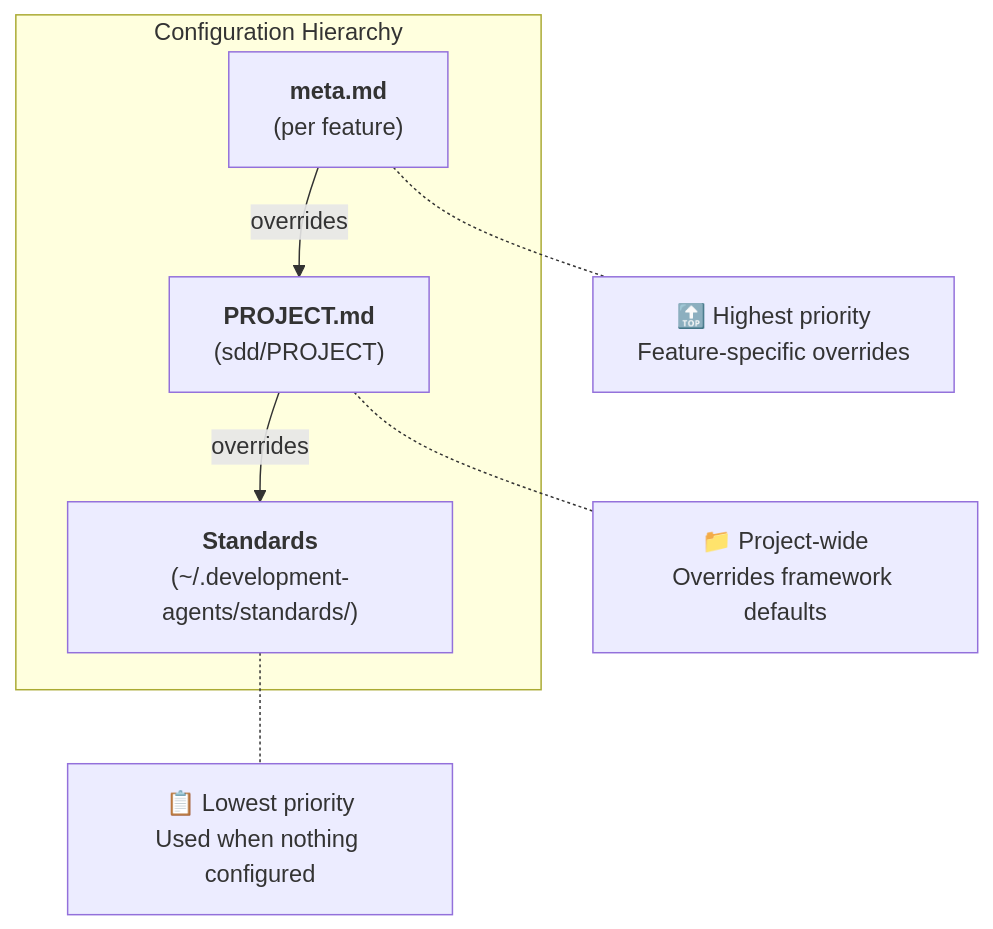
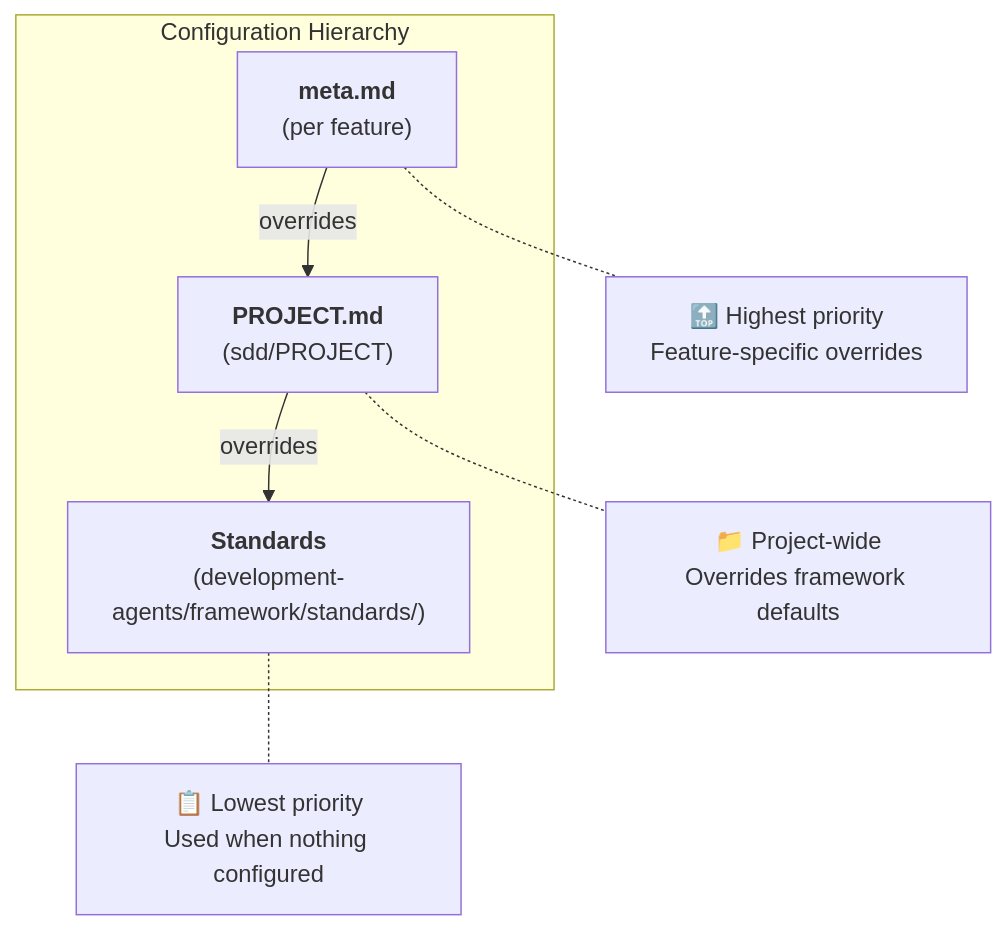
The diagram in framework/CONFIGURATION.md (danilo-sf-dev/development-agents), drawn with Mermaid before and after one commit. The commit also changed other lines of this file and 137 other files, not shown here.

````diff
--- a/framework/CONFIGURATION.md
+++ b/framework/CONFIGURATION.md
@@ -18,15 +23,15 @@
 ```mermaid
 graph TD
     subgraph "Configuration Hierarchy"
         A["<b>meta.md</b><br/>(per feature)"]
         B["<b>PROJECT.md</b><br/>(sdd/PROJECT)"]
-        C["<b>Standards</b><br/>(~/.development-agents/standards/)"]
+        C["<b>Standards</b><br/>(development-agents/framework/standards/)"]
     end
 
     A -->|"overrides"| B
     B -->|"overrides"| C
 
     A -.- A1["🔝 Highest priority<br/>Feature-specific overrides"]
     B -.- B1["📁 Project-wide<br/>Overrides framework defaults"]
     C -.- C1["📋 Lowest priority<br/>Used when nothing configured"]
 ```
````
